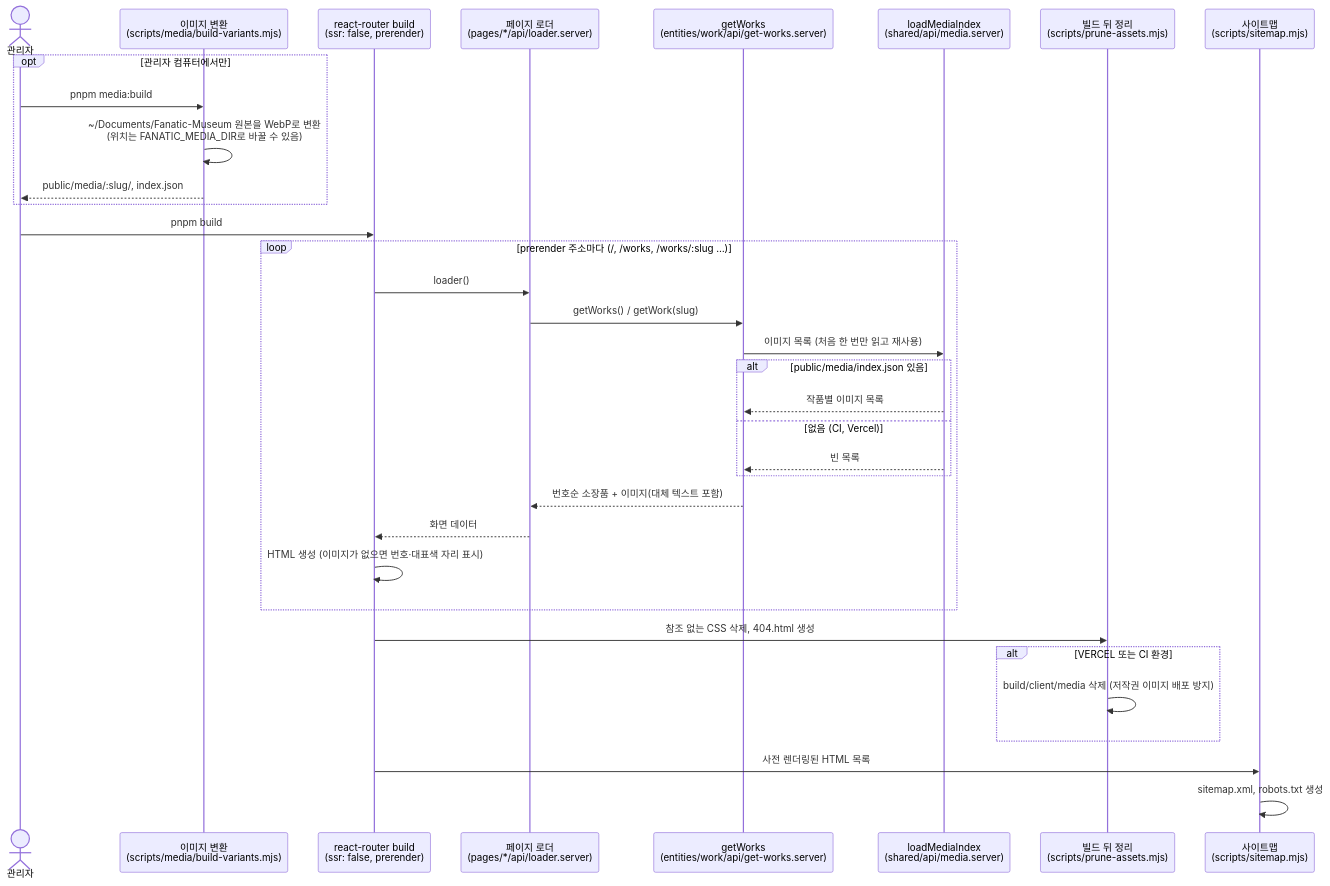
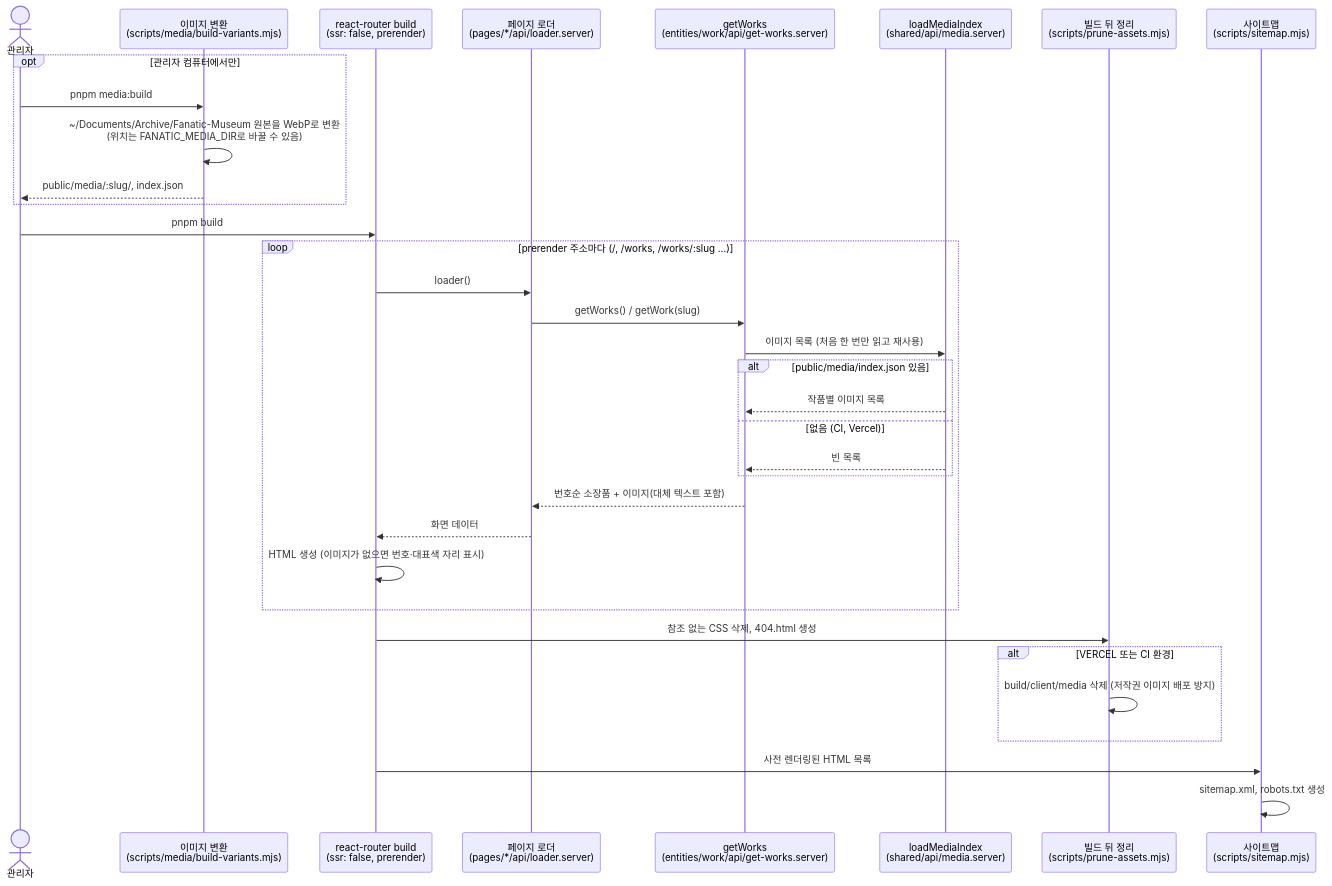
Before and after one commit to ryushin01/Fanatic-Museum: the first of 3 diagrams in docs/sequence-diagrams.md, drawn with Mermaid. The commit also changed 7 other files, not shown here.

First line of the commit message:
이미지 보관함 기본 위치를 ~/Documents/Archive/Fanatic-Museum으로 (#21)

````diff
--- a/docs/sequence-diagrams.md
+++ b/docs/sequence-diagrams.md
@@ -9,37 +9,37 @@
 ```mermaid
 sequenceDiagram
     actor 관리자
     participant 변환 as 이미지 변환<br/>(scripts/media/build-variants.mjs)
     participant 빌드 as react-router build<br/>(ssr: false, prerender)
     participant 로더 as 페이지 로더<br/>(pages/*/api/loader.server)
     participant 작품 as getWorks<br/>(entities/work/api/get-works.server)
     participant 미디어 as loadMediaIndex<br/>(shared/api/media.server)
     participant 정리 as 빌드 뒤 정리<br/>(scripts/prune-assets.mjs)
     participant 지도 as 사이트맵<br/>(scripts/sitemap.mjs)
 
     opt 관리자 컴퓨터에서만
         관리자->>변환: pnpm media:build
-        변환->>변환: ~/Documents/Fanatic-Museum 원본을 WebP로 변환<br/>(위치는 FANATIC_MEDIA_DIR로 바꿀 수 있음)
+        변환->>변환: ~/Documents/Archive/Fanatic-Museum 원본을 WebP로 변환<br/>(위치는 FANATIC_MEDIA_DIR로 바꿀 수 있음)
         변환-->>관리자: public/media/:slug/, index.json
     end
     관리자->>빌드: pnpm build
     loop prerender 주소마다 (/, /works, /works/:slug …)
         빌드->>로더: loader()
         로더->>작품: getWorks() / getWork(slug)
         작품->>미디어: 이미지 목록 (처음 한 번만 읽고 재사용)
         alt public/media/index.json 있음
             미디어-->>작품: 작품별 이미지 목록
         else 없음 (CI, Vercel)
             미디어-->>작품: 빈 목록
         end
         작품-->>로더: 번호순 소장품 + 이미지(대체 텍스트 포함)
         로더-->>빌드: 화면 데이터
         빌드->>빌드: HTML 생성 (이미지가 없으면 번호·대표색 자리 표시)
     end
     빌드->>정리: 참조 없는 CSS 삭제, 404.html 생성
     alt VERCEL 또는 CI 환경
         정리->>정리: build/client/media 삭제 (저작권 이미지 배포 방지)
     end
     빌드->>지도: 사전 렌더링된 HTML 목록
     지도->>지도: sitemap.xml, robots.txt 생성
 ```
````
